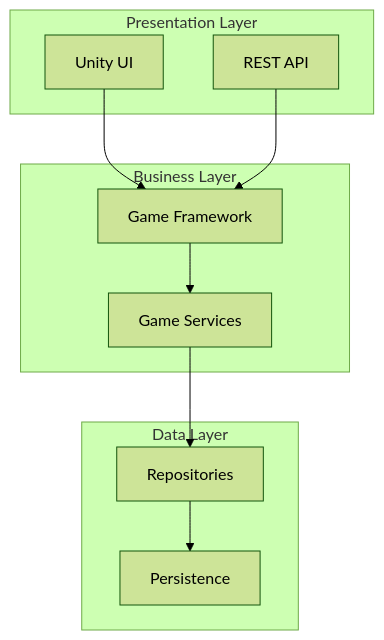
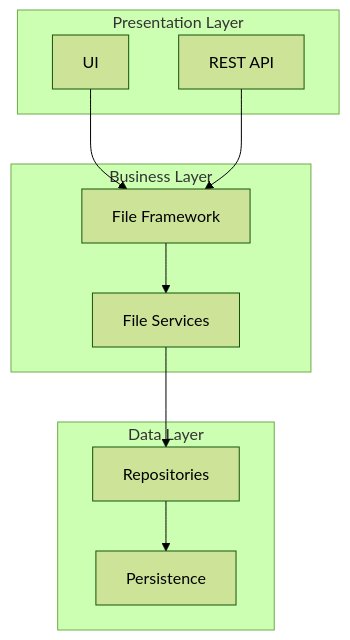
Before and after one commit to ivan-andreyev/AI-Agent-Orchestra: the second of 3 diagrams in .cursor/rules/architecture-documenter.mdc, drawn with Mermaid (forest theme). The commit also changed other lines of this file and 29 other files, not shown here.

````diff
--- a/.cursor/rules/architecture-documenter.mdc
+++ b/.cursor/rules/architecture-documenter.mdc
@@ -182,23 +182,23 @@
 ```mermaid
 graph TB
     subgraph "Presentation Layer"
-        UI[Unity UI]
+        UI[UI]
         API[REST API]
     end
     
     subgraph "Business Layer"
-        FRAMEWORK[Game Framework]
-        SERVICES[Game Services]
+        FRAMEWORK[File Framework]
+        SERVICES[File Services]
     end
     
     subgraph "Data Layer"
         REPOS[Repositories]
         PERSIST[Persistence]
     end
     
     UI --> FRAMEWORK
     API --> FRAMEWORK
     FRAMEWORK --> SERVICES
     SERVICES --> REPOS
     REPOS --> PERSIST
 ```
````
